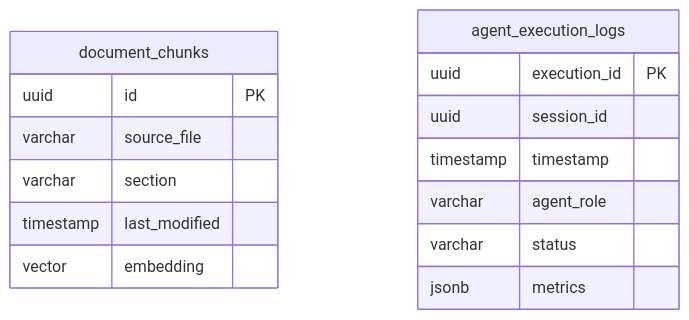
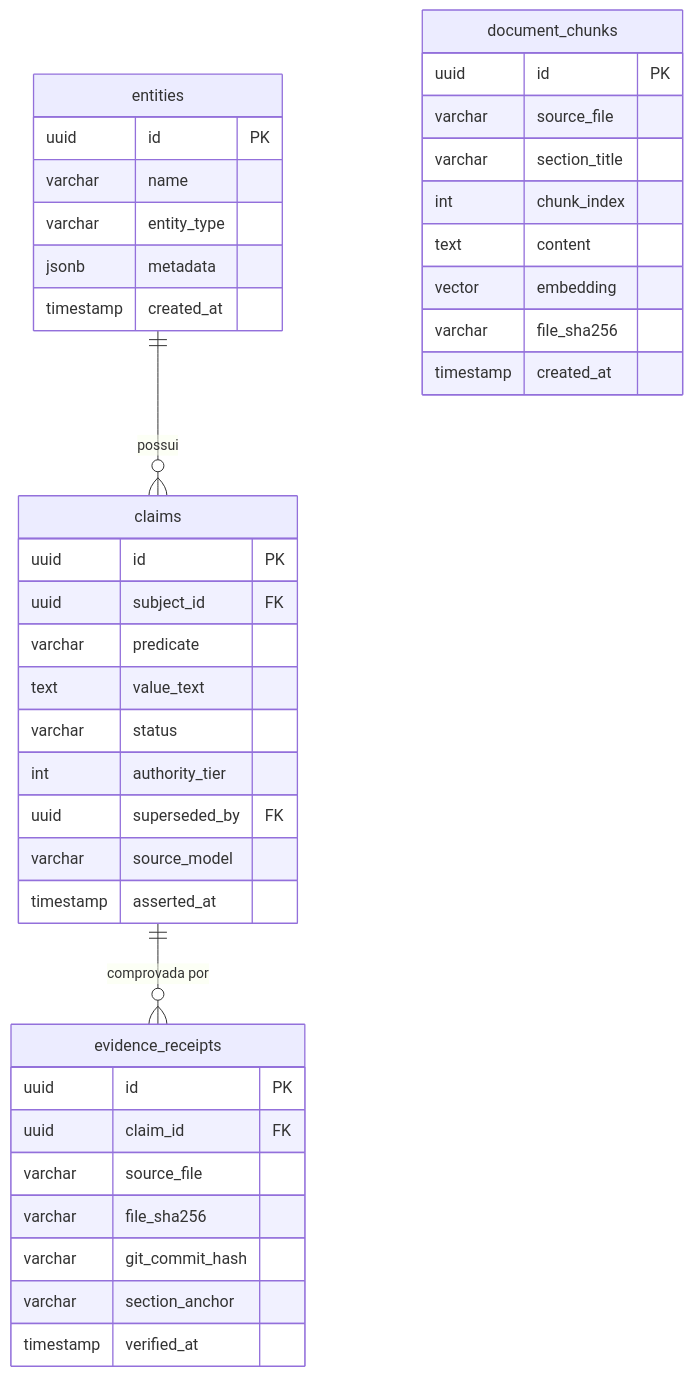
One commit to EnterDufter/PromptCoreLabs_AEOS changed the second of 2 diagrams in memory/README.md. Above: the diagram before and after it, drawn with Mermaid. The commit also changed other lines of this file and 29 other files, not shown here.

````diff
--- a/memory/README.md
+++ b/memory/README.md
@@ -80,18 +89,43 @@
 ```mermaid
 erDiagram
+    entities ||--o{ claims : "possui"
+    claims ||--o{ evidence_receipts : "comprovada por"
+    
+    entities {
+        uuid id PK
+        varchar name
+        varchar entity_type
+        jsonb metadata
+        timestamp created_at
+    }
+    claims {
+        uuid id PK
+        uuid subject_id FK
+        varchar predicate
+        text value_text
+        varchar status
+        int authority_tier
+        uuid superseded_by FK
+        varchar source_model
+        timestamp asserted_at
+    }
+    evidence_receipts {
+        uuid id PK
+        uuid claim_id FK
+        varchar source_file
+        varchar file_sha256
+        varchar git_commit_hash
+        varchar section_anchor
+        timestamp verified_at
+    }
     document_chunks {
         uuid id PK
         varchar source_file
-        varchar section
-        timestamp last_modified
+        varchar section_title
+        int chunk_index
+        text content
         vector embedding
-    }
-    agent_execution_logs {
-        uuid execution_id PK
-        uuid session_id
-        timestamp timestamp
-        varchar agent_role
-        varchar status
-        jsonb metrics
+        varchar file_sha256
+        timestamp created_at
     }
 ```
````
